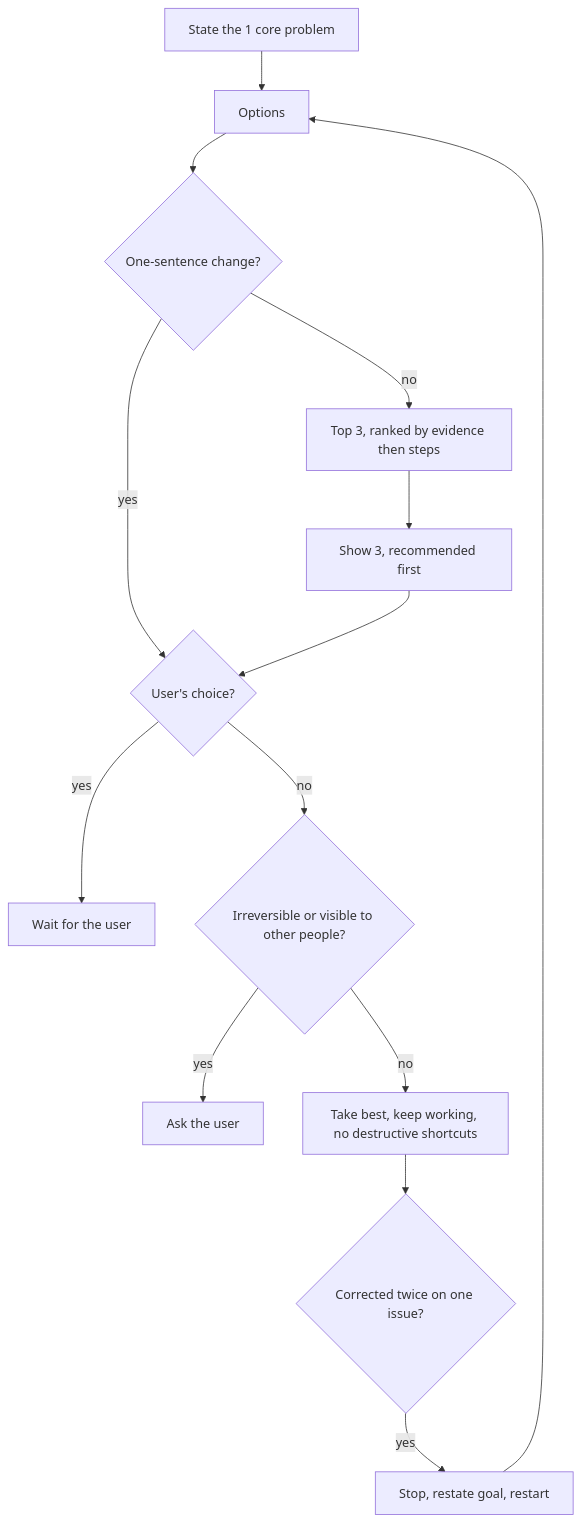
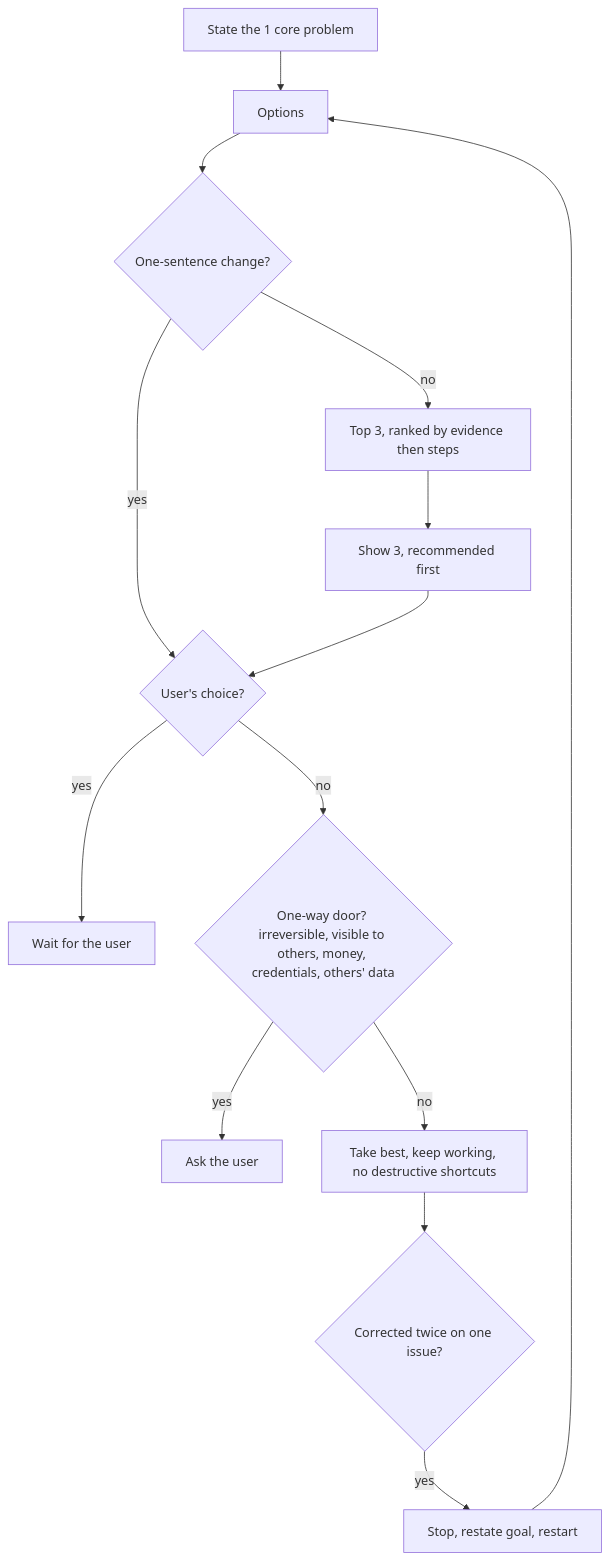
One commit to SolenixAI/arbiter changed the ninth of 14 diagrams in AGENTS.md. Above: the diagram before and after it, drawn with Mermaid. The commit also changed other lines of this file, not shown here.

First line of the commit message:
fix(agents): ask before private data, installs and one-way doors (#2)

````diff
--- a/AGENTS.md
+++ b/AGENTS.md
@@ -325,13 +325,13 @@
 ```mermaid
 flowchart TD
   P1[State the 1 core problem] --> O[Options] --> OS{One-sentence change?}
   OS -->|yes| Q
   OS -->|no| T[Top 3, ranked by evidence then steps] --> S[Show 3, recommended first]
   S --> Q{User's choice?}
   Q -->|yes| W[Wait for the user]
-  Q -->|no| A{Irreversible or visible to other people?}
+  Q -->|no| A{One-way door? irreversible, visible to others, money, credentials, others' data}
   A -->|yes| U[Ask the user]
   A -->|no| X[Take best, keep working, no destructive shortcuts]
   X --> K{Corrected twice on one issue?}
   K -->|yes| Z[Stop, restate goal, restart] --> O
 ```
````
